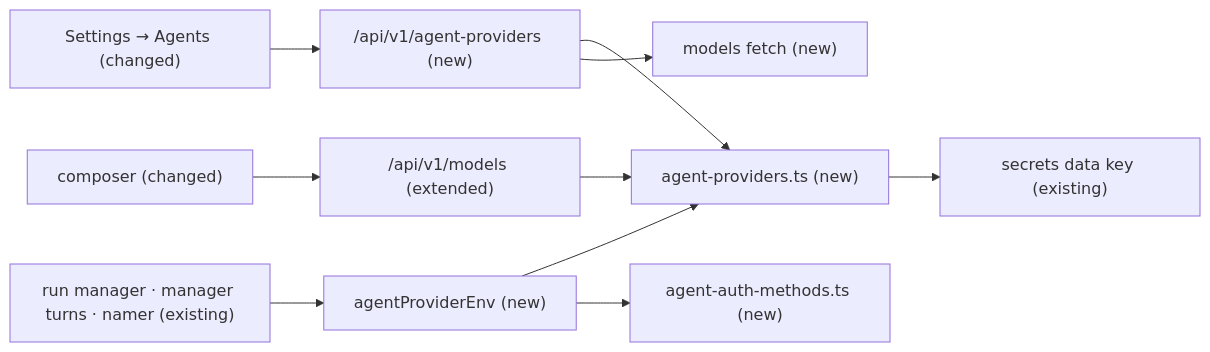
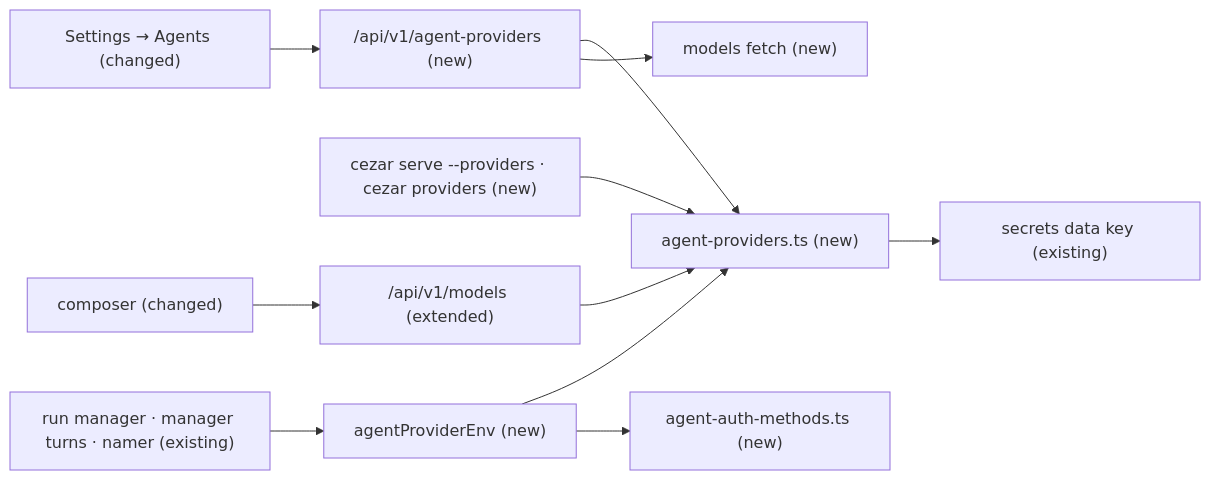
The first of 2 diagrams in .ai/specs/2026-11-27-per-agent-provider-configuration.md (open-mercato/cezar), drawn with Mermaid before and after one commit. The commit also changed other lines of this file, not shown here.

First line of the commit message:
docs(specs): configure agent providers from a file or the CLI

````diff
--- a/.ai/specs/2026-11-27-per-agent-provider-configuration.md
+++ b/.ai/specs/2026-11-27-per-agent-provider-configuration.md
@@ -267,12 +309,13 @@
 ```mermaid
 flowchart LR
   ui["Settings → Agents (changed)"] --> api["/api/v1/agent-providers (new)"]
   api --> store["agent-providers.ts (new)"]
+  cli["cezar serve --providers · cezar providers (new)"] --> store
   store --> sec["secrets data key (existing)"]
   api --> fetch["models fetch (new)"]
   run["run manager · manager turns · namer (existing)"] --> helper["agentProviderEnv (new)"]
   helper --> store
   helper --> table["agent-auth-methods.ts (new)"]
   composer["composer (changed)"] --> models["/api/v1/models (extended)"]
   models --> store
 ```
````
